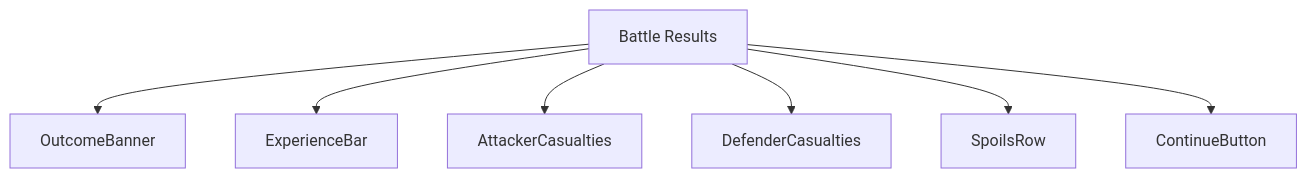
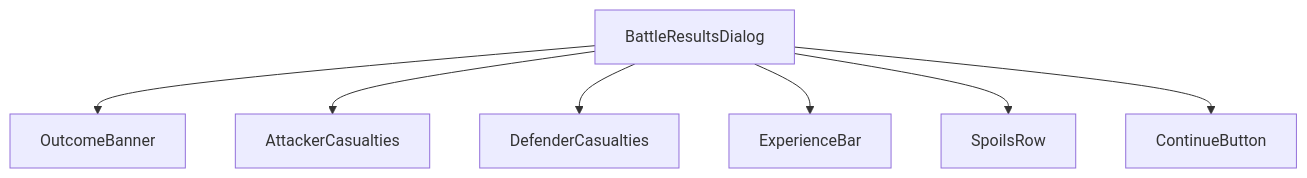
One commit to SunaNoOshiro/Heroes_Reforged_AI_Realms changed the first of 5 diagrams in docs/architecture/wiki/screens/39-battle-results/architecture.md. Above: the diagram before and after it, drawn with Mermaid. The commit also changed other lines of this file and 518 other files, not shown here.

First line of the commit message:
Add doc-audit skill and sweep architecture/screen docs

````diff
--- a/docs/architecture/wiki/screens/39-battle-results/architecture.md
+++ b/docs/architecture/wiki/screens/39-battle-results/architecture.md
@@ -16,16 +23,10 @@
 ```mermaid
 flowchart TD
-  Root["Battle Results"]
-  C0["OutcomeBanner"]
-  Root --> C0
-  C1["ExperienceBar"]
-  Root --> C1
-  C2["AttackerCasualties"]
-  Root --> C2
-  C3["DefenderCasualties"]
-  Root --> C3
-  C4["SpoilsRow"]
-  Root --> C4
-  C5["ContinueButton"]
-  Root --> C5
+  Root["BattleResultsDialog"]
+  Root --> C0["OutcomeBanner"]
+  Root --> C1["AttackerCasualties"]
+  Root --> C2["DefenderCasualties"]
+  Root --> C3["ExperienceBar"]
+  Root --> C4["SpoilsRow"]
+  Root --> C5["ContinueButton"]
 ```
````
